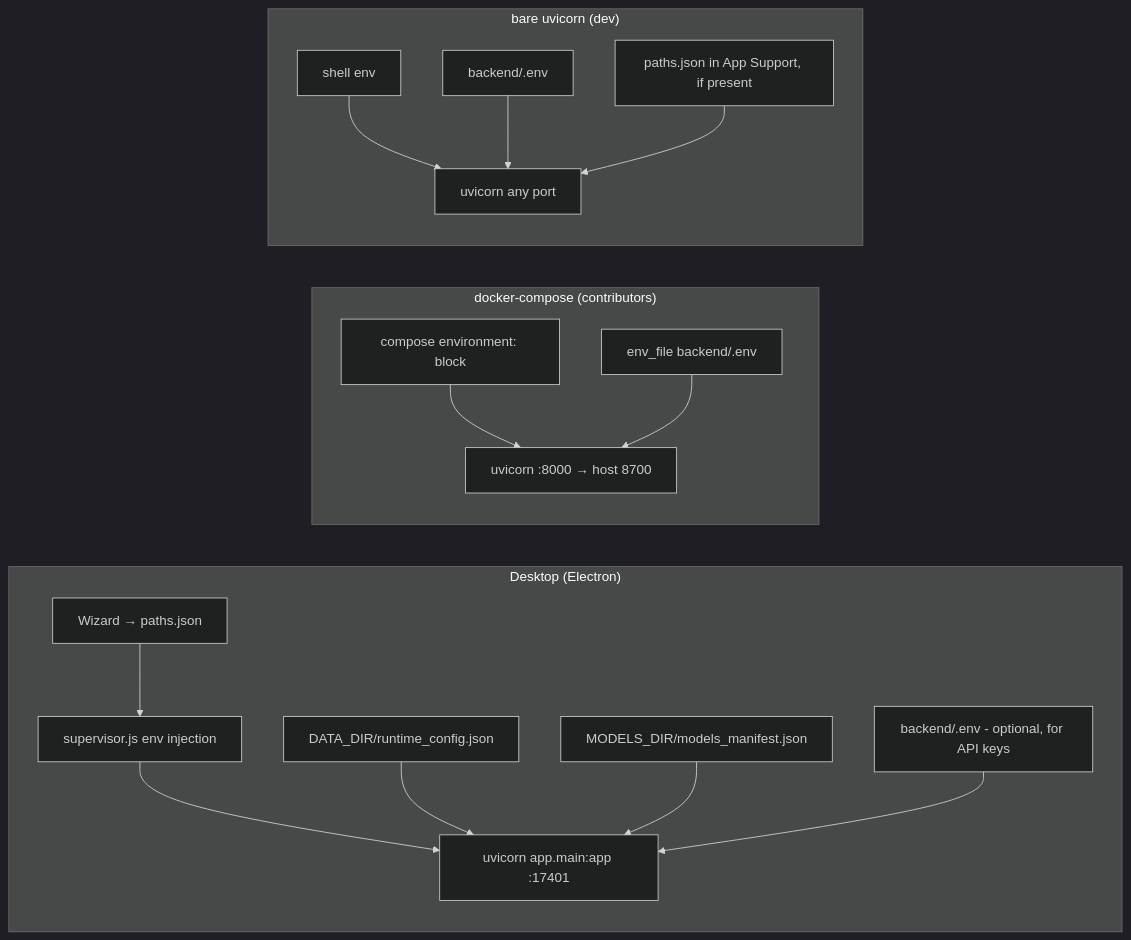
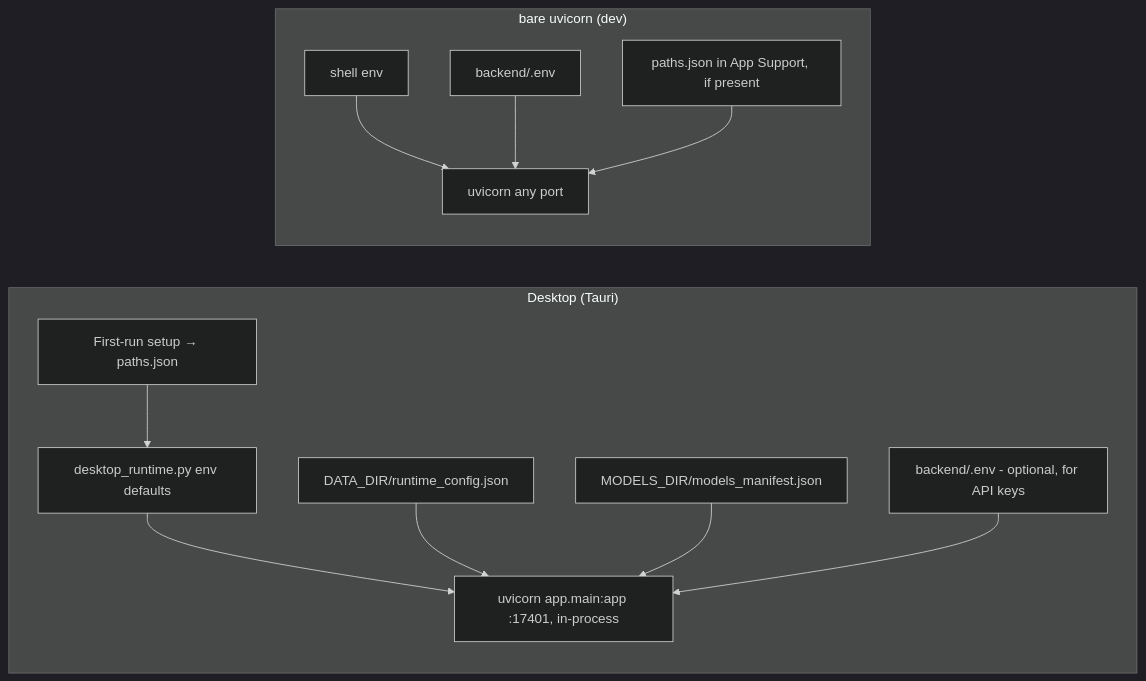
One commit to josetseph/Orb changed the diagram in Docs/21-configuration-reference.md. Above: the diagram before and after it, drawn with Mermaid (dark theme). The commit also changed other lines of this file and 205 other files, not shown here.

````diff
--- a/Docs/21-configuration-reference.md
+++ b/Docs/21-configuration-reference.md
@@ -38,19 +38,15 @@
 ```mermaid
 flowchart LR
-    subgraph desktop["Desktop (Electron)"]
-        W[Wizard → paths.json] --> S[supervisor.js env injection]
-        S --> U[uvicorn app.main:app :17401]
+    subgraph desktop["Desktop (Tauri)"]
+        W[First-run setup → paths.json] --> S[desktop_runtime.py env defaults]
+        S --> U[uvicorn app.main:app :17401, in-process]
         RC[DATA_DIR/runtime_config.json] --> U
         MF[MODELS_DIR/models_manifest.json] --> U
         ENV[backend/.env - optional, for API keys] --> U
-    end
-    subgraph docker["docker-compose (contributors)"]
-        CE[compose environment: block] --> B[uvicorn :8000 → host 8700]
-        EF[env_file backend/.env] --> B
     end
     subgraph bare["bare uvicorn (dev)"]
         SH[shell env] --> D[uvicorn any port]
         E2[backend/.env] --> D
         PJ[paths.json in App Support, if present] --> D
     end
 ```
````
